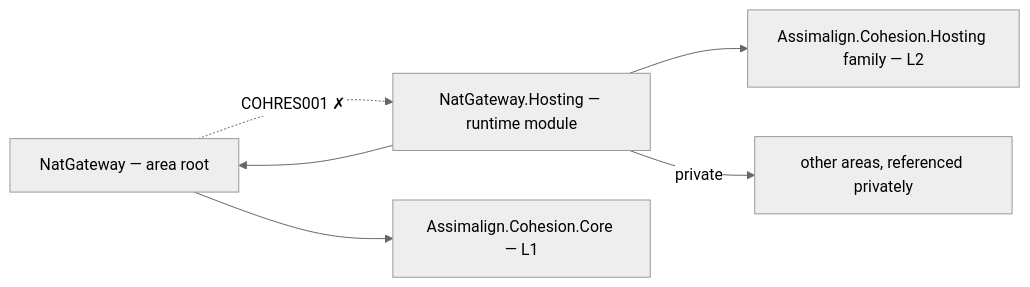
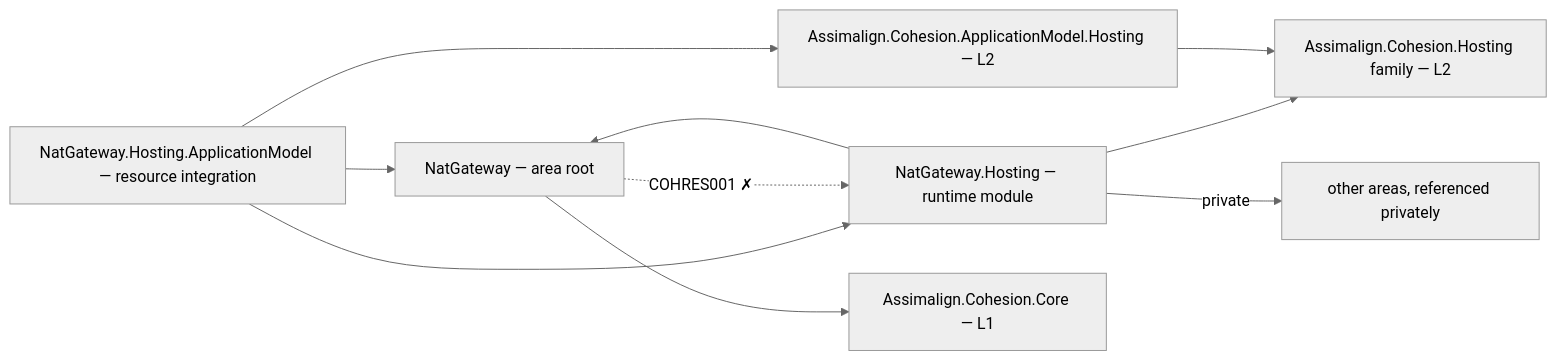
One commit to assimalign/cohesion changed the diagram in resources/NatGateway/README.md. Above: the diagram before and after it, drawn with Mermaid (neutral theme). The commit also changed other lines of this file and 454 other files, not shown here.

First line of the commit message:
feat(resources): give every resource area a Hosting.ApplicationModel integration

````diff
--- a/resources/NatGateway/README.md
+++ b/resources/NatGateway/README.md
@@ -12,13 +12,19 @@
 ```mermaid
 flowchart LR
     P0["NatGateway — area root"]
     P2["NatGateway.Hosting — runtime module"]
+    PAM["NatGateway.Hosting.ApplicationModel — resource integration"]
+    AMH["Assimalign.Cohesion.ApplicationModel.Hosting — L2"]
     CORE["Assimalign.Cohesion.Core — L1"]
     HOSTFAM["Assimalign.Cohesion.Hosting family — L2"]
     PRIV["other areas, referenced privately"]
     P0 --> CORE
     P2 --> HOSTFAM
     P2 --> P0
     P2 -->|"private"| PRIV
+    PAM --> P2
+    PAM --> P0
+    PAM --> AMH
+    AMH --> HOSTFAM
     P0 -.->|"COHRES001 ✗"| P2
 ```
````
